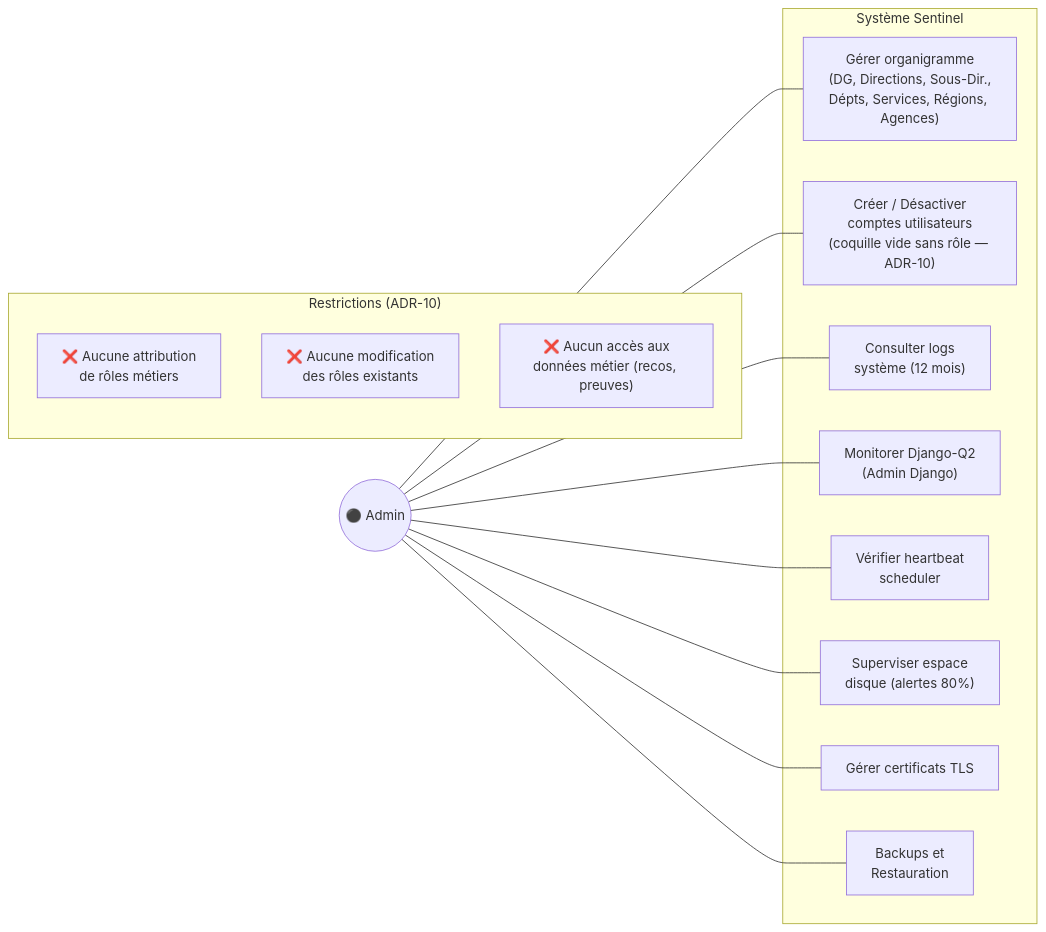
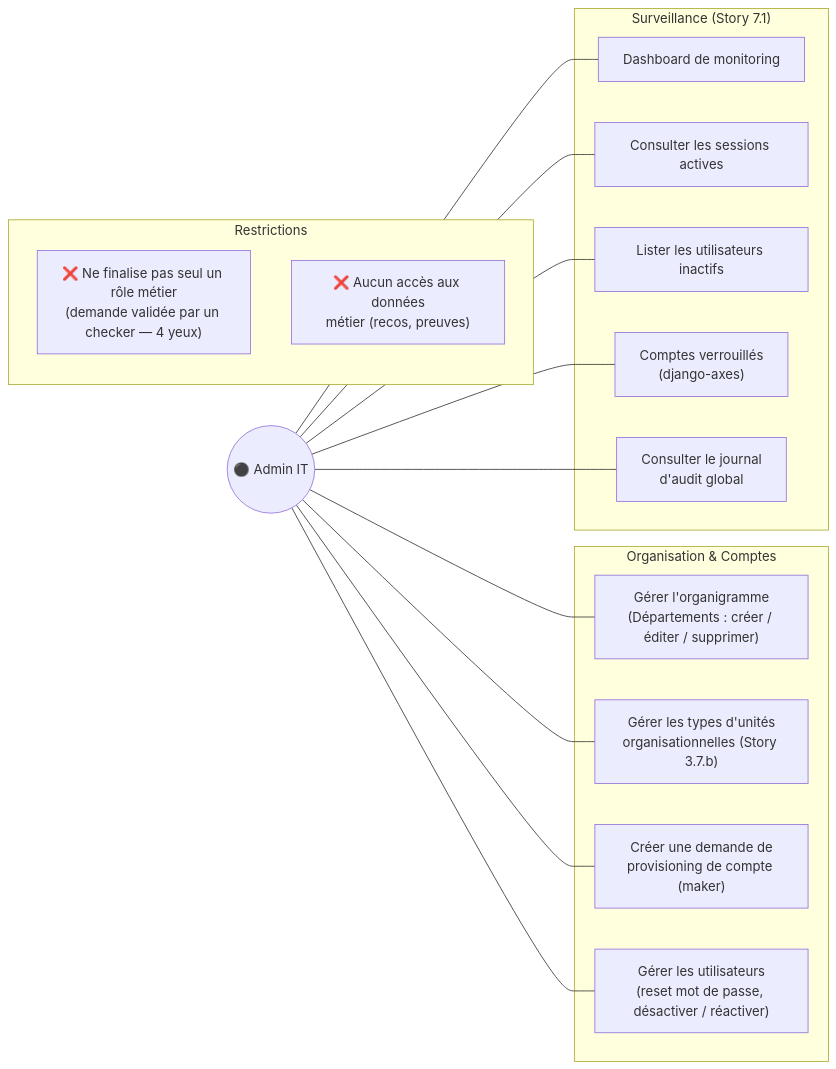
Before and after one commit to Tchendjou2003/bicec--Sentinel: diagram 20 of 22 in _bmad-output/planning-artifacts/system-diagrams.md, drawn with Mermaid. The commit also changed other lines of this file and 6 other files, not shown here.

First line of the commit message:
chore(bmad): hygiène stories + sprint-status + story 5.1 + diagrammes v2.0

````diff
--- a/_bmad-output/planning-artifacts/system-diagrams.md
+++ b/_bmad-output/planning-artifacts/system-diagrams.md
@@ -1037,30 +1189,34 @@
 ```mermaid
 flowchart LR
-    subgraph "Système Sentinel"
-        UC1["Gérer organigramme\n(DG, Directions, Sous-Dir.,\nDépts, Services, Régions, Agences)"]
-        UC2["Créer / Désactiver\ncomptes utilisateurs\n(coquille vide sans rôle — ADR-10)"]
-        UC3["Consulter logs\nsystème (12 mois)"]
-        UC4["Monitorer Django-Q2\n(Admin Django)"]
-        UC5["Vérifier heartbeat\nscheduler"]
-        UC6["Superviser espace\ndisque (alertes 80%)"]
-        UC7["Gérer certificats TLS"]
-        UC8["Backups et\nRestauration"]
+    subgraph "Organisation & Comptes"
+        UC1["Gérer l'organigramme\n(Départements : créer / éditer / supprimer)"]
+        UC2["Gérer les types d'unités\norganisationnelles (Story 3.7.b)"]
+        UC3["Créer une demande de\nprovisioning de compte (maker)"]
+        UC4["Gérer les utilisateurs\n(reset mot de passe, désactiver / réactiver)"]
     end
 
-    subgraph "Restrictions (ADR-10)"
-        R1["❌ Aucune attribution\nde rôles métiers"]
-        R2["❌ Aucune modification\ndes rôles existants"]
-        R3["❌ Aucun accès aux\ndonnées métier (recos, preuves)"]
+    subgraph "Surveillance (Story 7.1)"
+        UC5["Dashboard de monitoring"]
+        UC6["Consulter les sessions actives"]
+        UC7["Lister les utilisateurs inactifs"]
+        UC8["Comptes verrouillés\n(django-axes)"]
+        UC9["Consulter le journal\nd'audit global"]
     end
 
-    ADMIN(("⚫ Admin"))
+    subgraph "Restrictions"
+        R1["❌ Ne finalise pas seul un rôle métier\n(demande validée par un checker — 4 yeux)"]
+        R2["❌ Aucun accès aux données\nmétier (recos, preuves)"]
+    end
+
+    ADMIN(("⚫ Admin IT"))
 
     ADMIN --- UC1
     ADMIN --- UC2
     ADMIN --- UC3
     ADMIN --- UC4
     ADMIN --- UC5
     ADMIN --- UC6
     ADMIN --- UC7
     ADMIN --- UC8
+    ADMIN --- UC9
 ```
````
